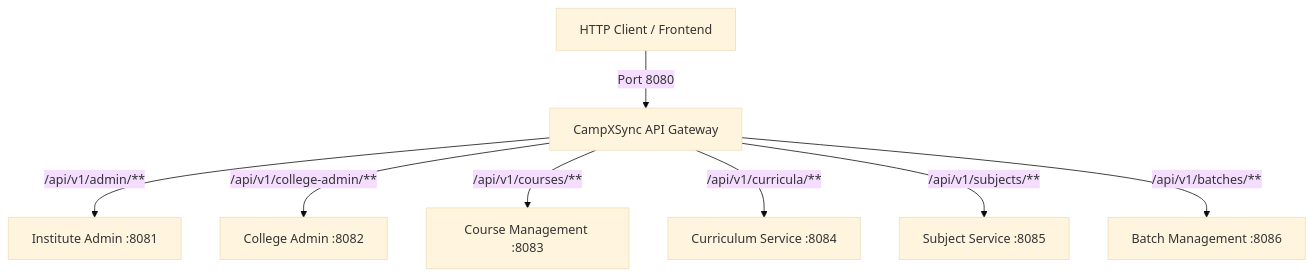
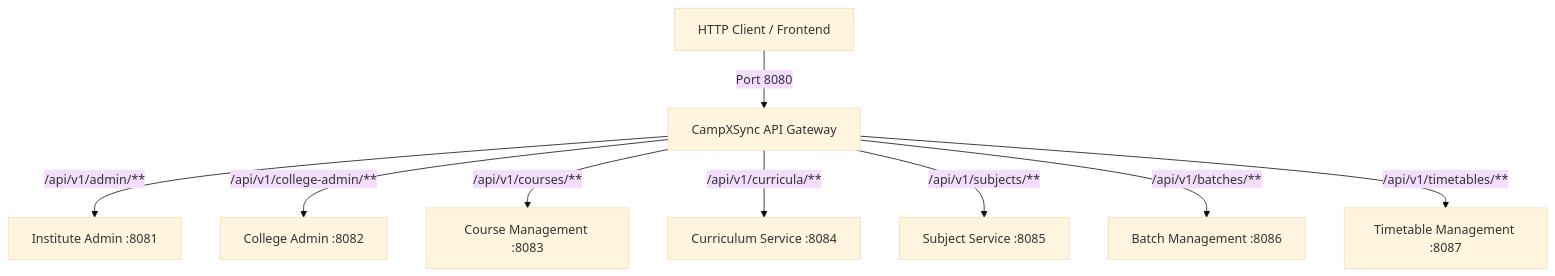
One commit to campxsync/CampXSync_V2.0 changed the second of 2 diagrams in docs/architecture/CROSS_SERVICE_CONFLICT_AND_GAP_ANALYSIS.md. Above: the diagram before and after it, drawn with Mermaid (base theme). The commit also changed other lines of this file and 68 other files, not shown here.

Commit message:
feat(academics): implement ACD-05 Timetable & ACD-06 Attendance Management services with API Gateway integration

````diff
--- a/docs/architecture/CROSS_SERVICE_CONFLICT_AND_GAP_ANALYSIS.md
+++ b/docs/architecture/CROSS_SERVICE_CONFLICT_AND_GAP_ANALYSIS.md
@@ -54,10 +58,11 @@
 ```mermaid
 graph TD
     Client[HTTP Client / Frontend] -->|Port 8080| GW[CampXSync API Gateway]
     GW -->|/api/v1/admin/**| S1[Institute Admin :8081]
     GW -->|/api/v1/college-admin/**| S2[College Admin :8082]
     GW -->|/api/v1/courses/**| S3[Course Management :8083]
     GW -->|/api/v1/curricula/**| S4[Curriculum Service :8084]
     GW -->|/api/v1/subjects/**| S5[Subject Service :8085]
     GW -->|/api/v1/batches/**| S6[Batch Management :8086]
+    GW -->|/api/v1/timetables/**| S7[Timetable Management :8087]
 ```
````
